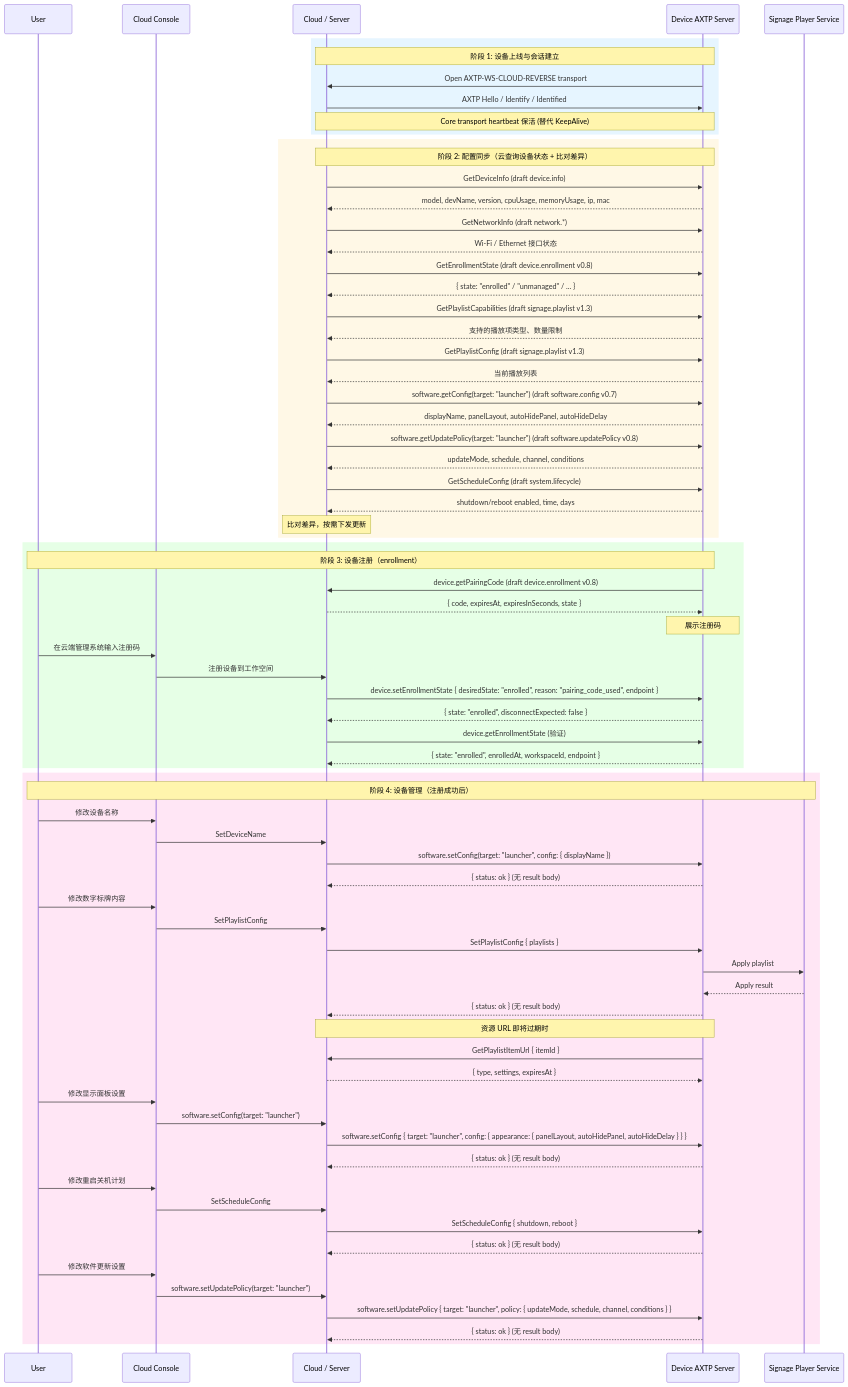
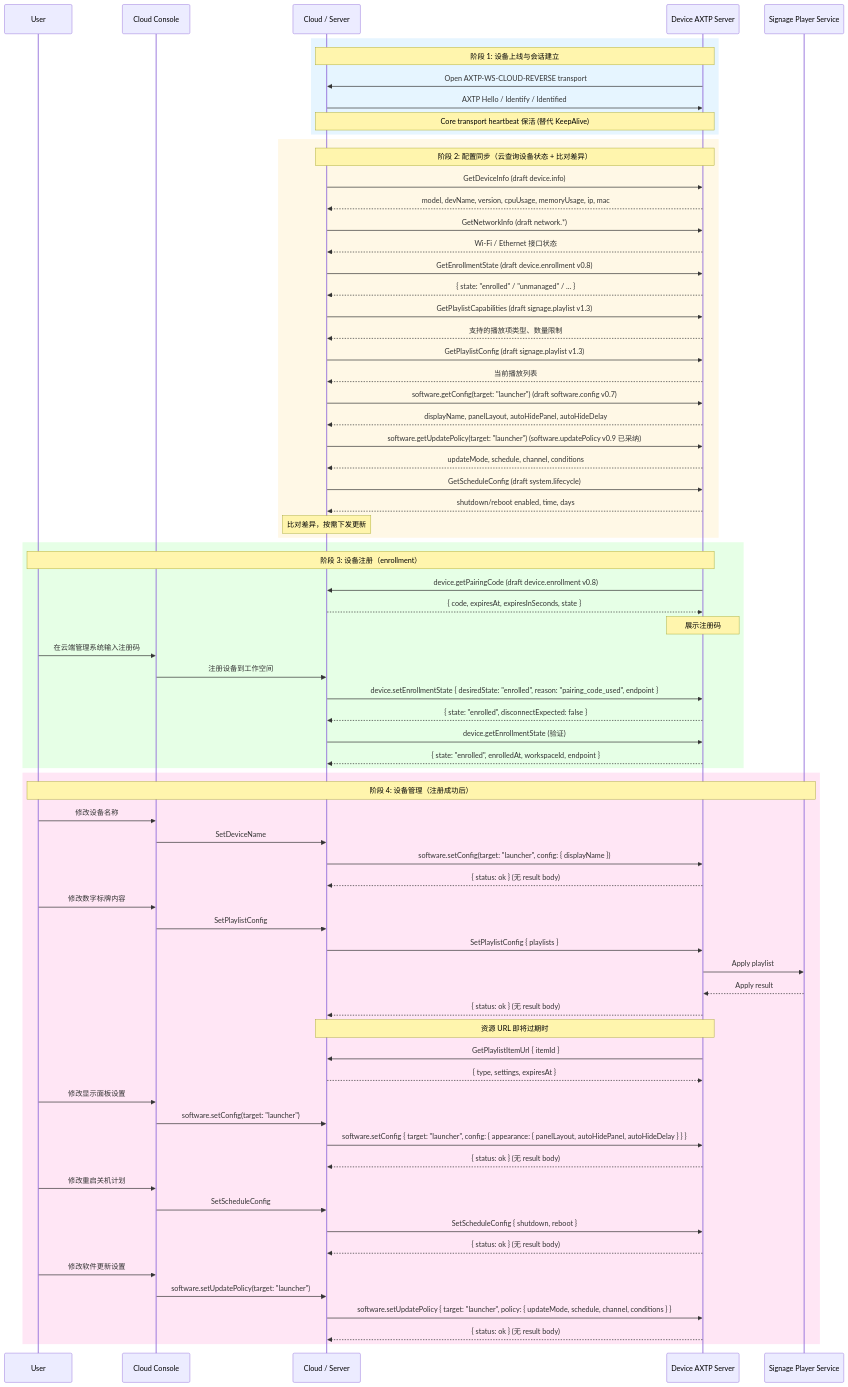
The diagram in docs/flows/signage-device-management.md (Mostorm-Labs/axtp), drawn with Mermaid before and after one commit. The commit also changed other lines of this file and 4 other files, not shown here.

Commit message:
docs: adopt software.updatePolicy protocol into software domain registry

```diff
--- a/docs/flows/signage-device-management.md
+++ b/docs/flows/signage-device-management.md
@@ -141,7 +141,7 @@
         Device-->>Cloud: 当前播放列表
         Cloud->>Device: software.getConfig(target: "launcher") (draft software.config v0.7)
         Device-->>Cloud: displayName, panelLayout, autoHidePanel, autoHideDelay
-        Cloud->>Device: software.getUpdatePolicy(target: "launcher") (draft software.updatePolicy v0.8)
+        Cloud->>Device: software.getUpdatePolicy(target: "launcher") (software.updatePolicy v0.9 已采纳)
         Device-->>Cloud: updateMode, schedule, channel, conditions
         Cloud->>Device: GetScheduleConfig (draft system.lifecycle)
         Device-->>Cloud: shutdown/reboot enabled, time, days
```
